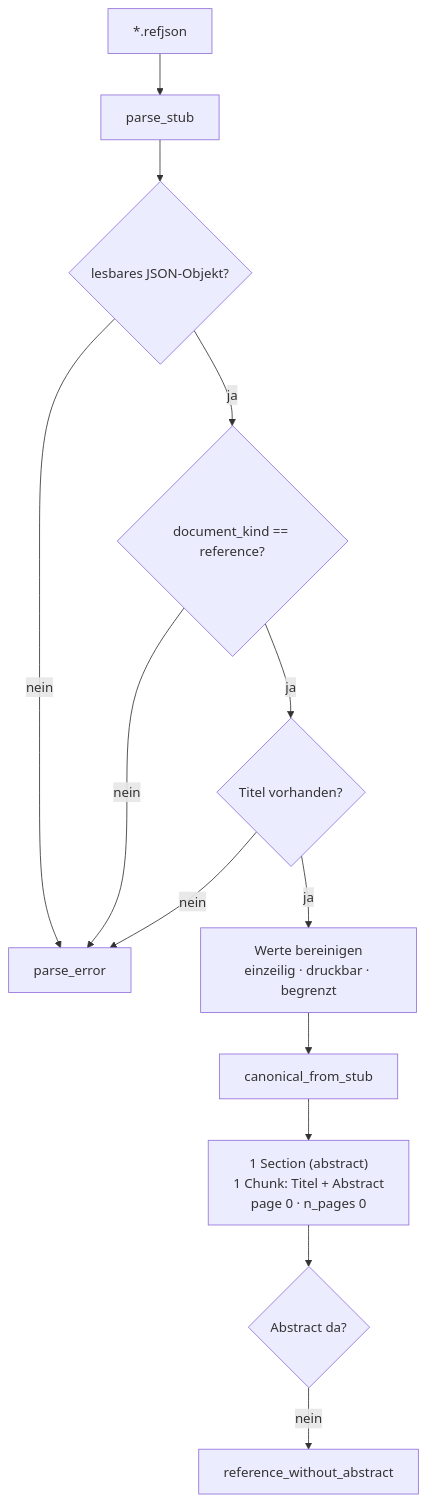
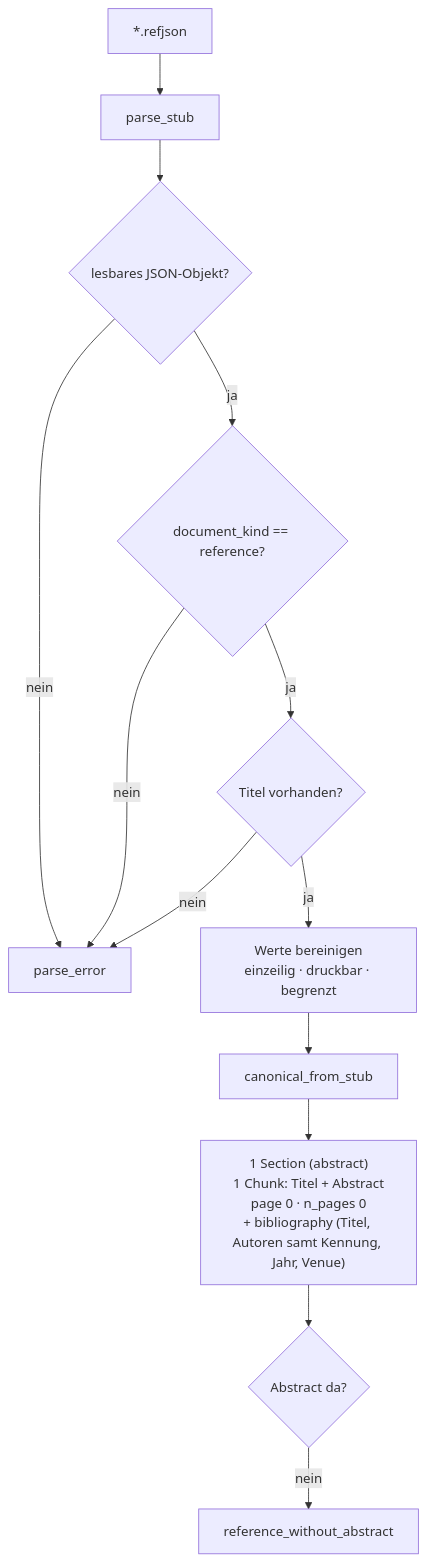
One commit to MomoEngineer/research-graphrag changed the diagram in src/research_graphrag/extraction/doc/refstub.md. Above: the diagram before and after it, drawn with Mermaid. The commit also changed other lines of this file and 32 other files, not shown here.

````diff
--- a/src/research_graphrag/extraction/doc/refstub.md
+++ b/src/research_graphrag/extraction/doc/refstub.md
@@ -38,15 +40,15 @@
 ```mermaid
 flowchart TD
     A["*.refjson"] --> B["parse_stub"]
     B --> C{"lesbares JSON-Objekt?"}
     C -- nein --> E["parse_error"]
     C -- ja --> D{"document_kind == reference?"}
     D -- nein --> E
     D -- ja --> F{"Titel vorhanden?"}
     F -- nein --> E
     F -- ja --> G["Werte bereinigen<br/>einzeilig · druckbar · begrenzt"]
     G --> H["canonical_from_stub"]
-    H --> I["1 Section (abstract)<br/>1 Chunk: Titel + Abstract<br/>page 0 · n_pages 0"]
+    H --> I["1 Section (abstract)<br/>1 Chunk: Titel + Abstract<br/>page 0 · n_pages 0<br/>+ bibliography (Titel, Autoren samt Kennung, Jahr, Venue)"]
     I --> J{"Abstract da?"}
     J -- nein --> K["reference_without_abstract"]
 ```
````
